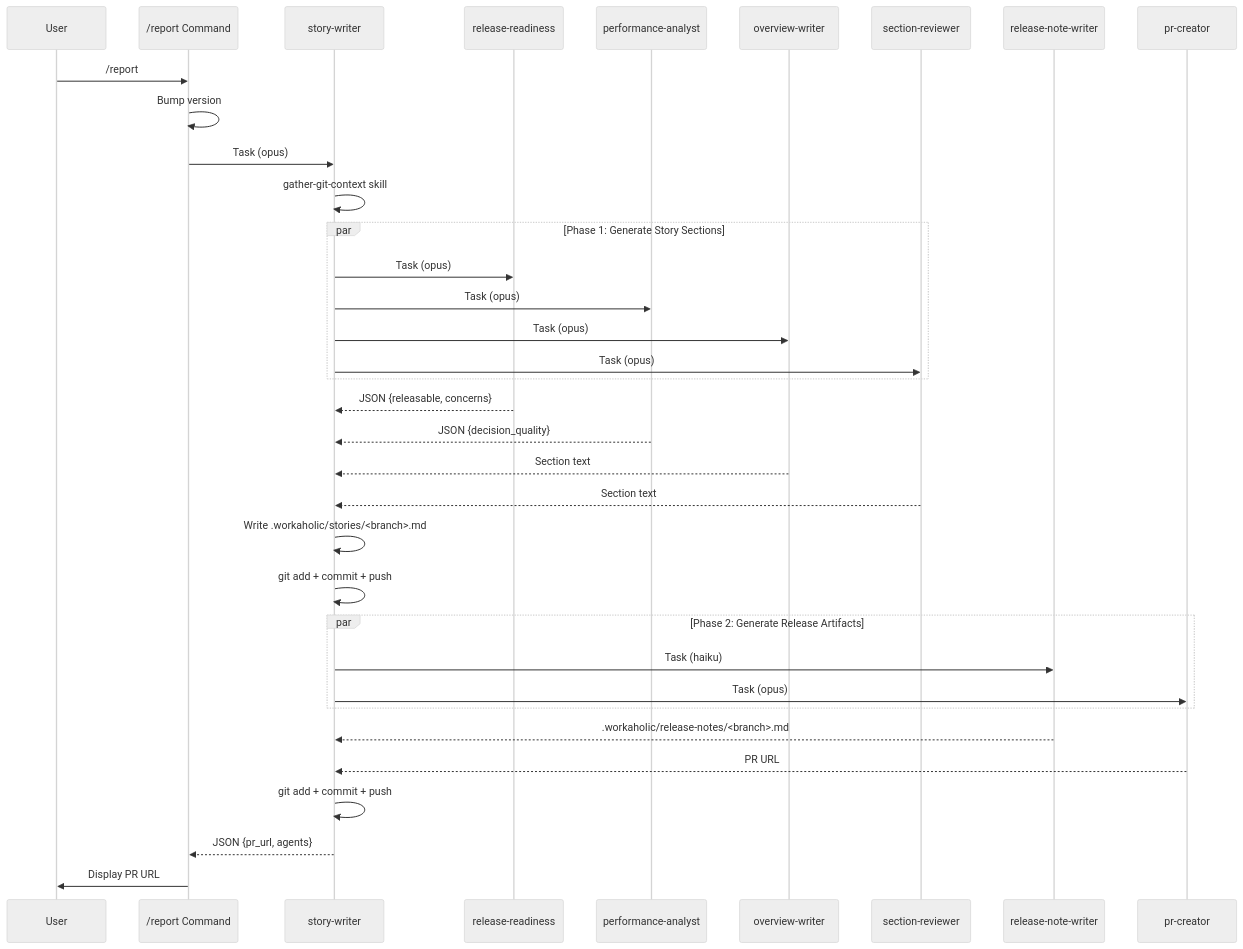
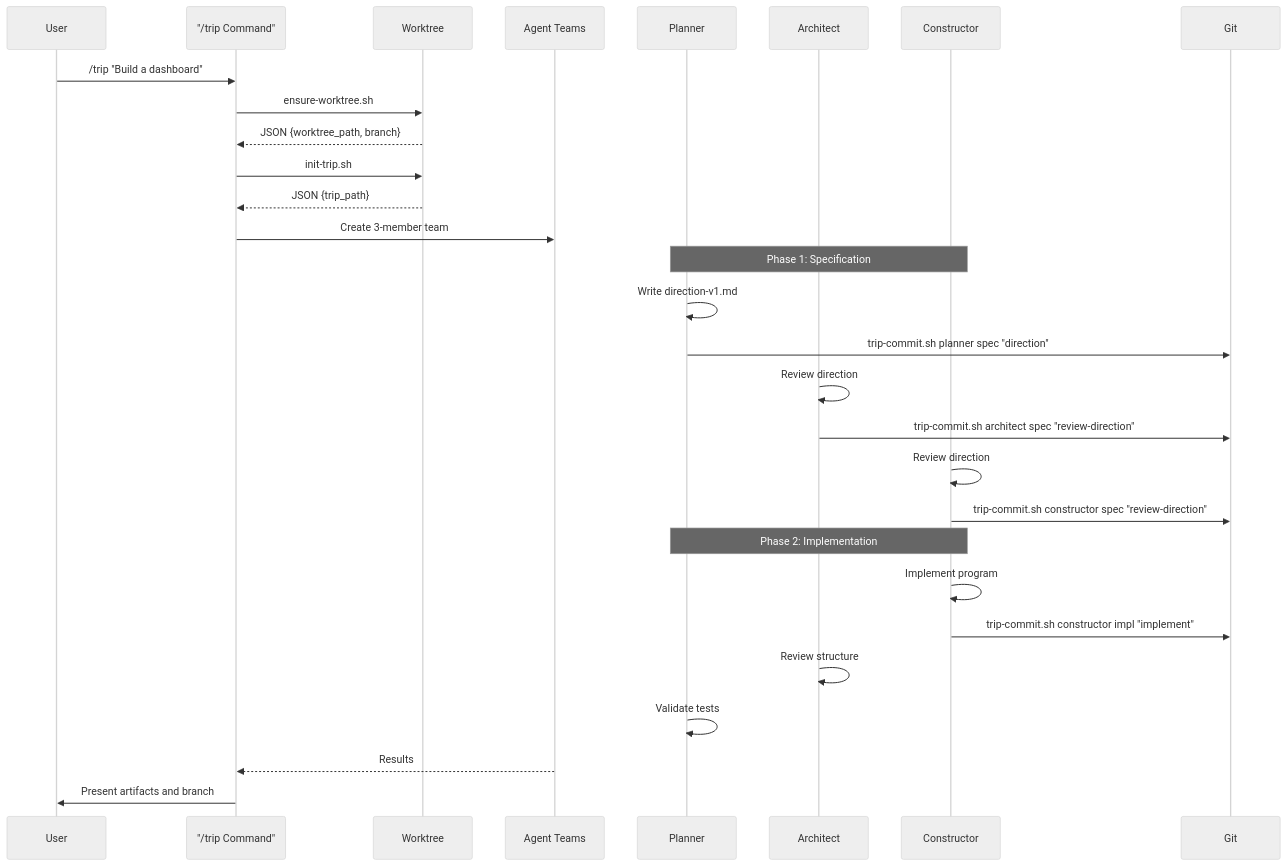
One commit to qmu/workaholic changed the fourth of 6 diagrams in .workaholic/specs/application_ja.md. Above: the diagram before and after it, drawn with Mermaid (neutral theme). The commit also changed other lines of this file and 57 other files, not shown here.

````diff
--- a/.workaholic/specs/application_ja.md
+++ b/.workaholic/specs/application_ja.md
@@ -123,44 +146,38 @@
 ```mermaid
 sequenceDiagram
     participant User
-    participant report as /report Command
-    participant sw as story-writer
-    participant rr as release-readiness
-    participant pa as performance-analyst
-    participant ow as overview-writer
-    participant sr as section-reviewer
-    participant rnw as release-note-writer
-    participant pc as pr-creator
+    participant trip as "/trip Command"
+    participant WT as Worktree
+    participant Team as Agent Teams
+    participant P as Planner
+    participant A as Architect
+    participant C as Constructor
+    participant Git as Git
 
-    User->>report: /report
-    report->>report: Bump version
-    report->>sw: Task (opus)
-    sw->>sw: gather-git-context skill
+    User->>trip: /trip "Build a dashboard"
+    trip->>WT: ensure-worktree.sh
+    WT-->>trip: JSON {worktree_path, branch}
+    trip->>WT: init-trip.sh
+    WT-->>trip: JSON {trip_path}
 
-    par Phase 1: Generate Story Sections
-        sw->>rr: Task (opus)
-        sw->>pa: Task (opus)
-        sw->>ow: Task (opus)
-        sw->>sr: Task (opus)
-    end
+    trip->>Team: Create 3-member team
 
-    rr-->>sw: JSON {releasable, concerns}
-    pa-->>sw: JSON {decision_quality}
-    ow-->>sw: Section text
-    sr-->>sw: Section text
+    Note over P,C: Phase 1: Specification
 
-    sw->>sw: Write .workaholic/stories/<branch>.md
-    sw->>sw: git add + commit + push
+    P->>P: Write direction-v1.md
+    P->>Git: trip-commit.sh planner spec "direction"
+    A->>A: Review direction
+    A->>Git: trip-commit.sh architect spec "review-direction"
+    C->>C: Review direction
+    C->>Git: trip-commit.sh constructor spec "review-direction"
 
-    par Phase 2: Generate Release Artifacts
-        sw->>rnw: Task (haiku)
-        sw->>pc: Task (opus)
-    end
+    Note over P,C: Phase 2: Implementation
 
-    rnw-->>sw: .workaholic/release-notes/<branch>.md
-    pc-->>sw: PR URL
+    C->>C: Implement program
+    C->>Git: trip-commit.sh constructor impl "implement"
+    A->>A: Review structure
+    P->>P: Validate tests
 
-    sw->>sw: git add + commit + push
-    sw-->>report: JSON {pr_url, agents}
-    report->>User: Display PR URL
+    Team-->>trip: Results
+    trip->>User: Present artifacts and branch
 ```
````
